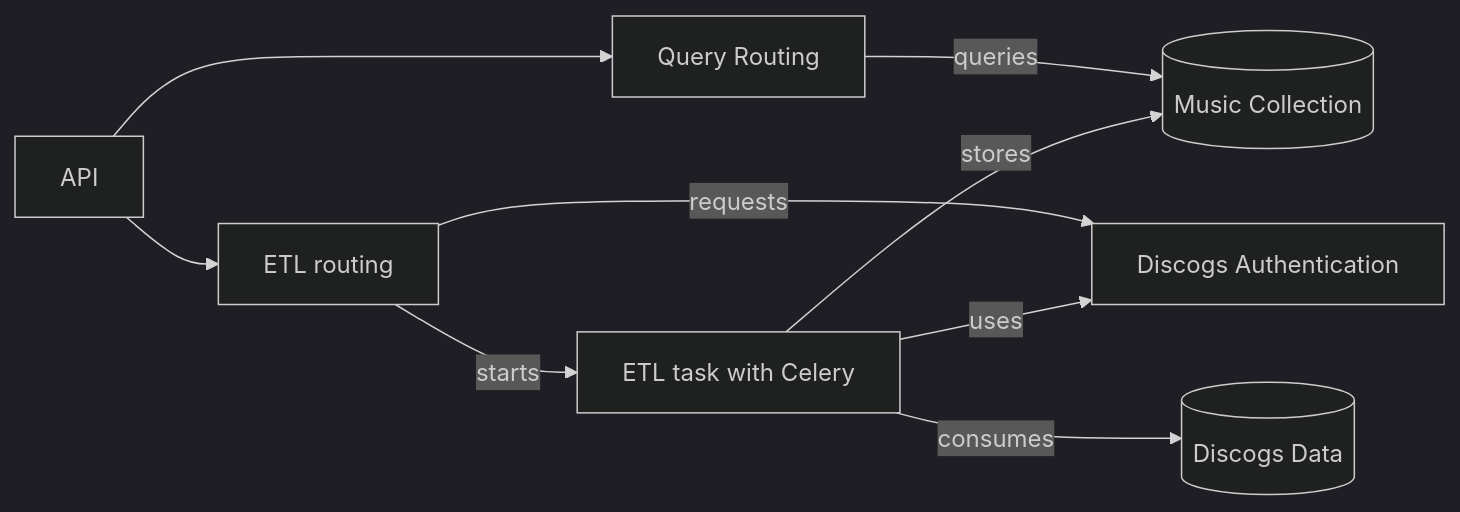
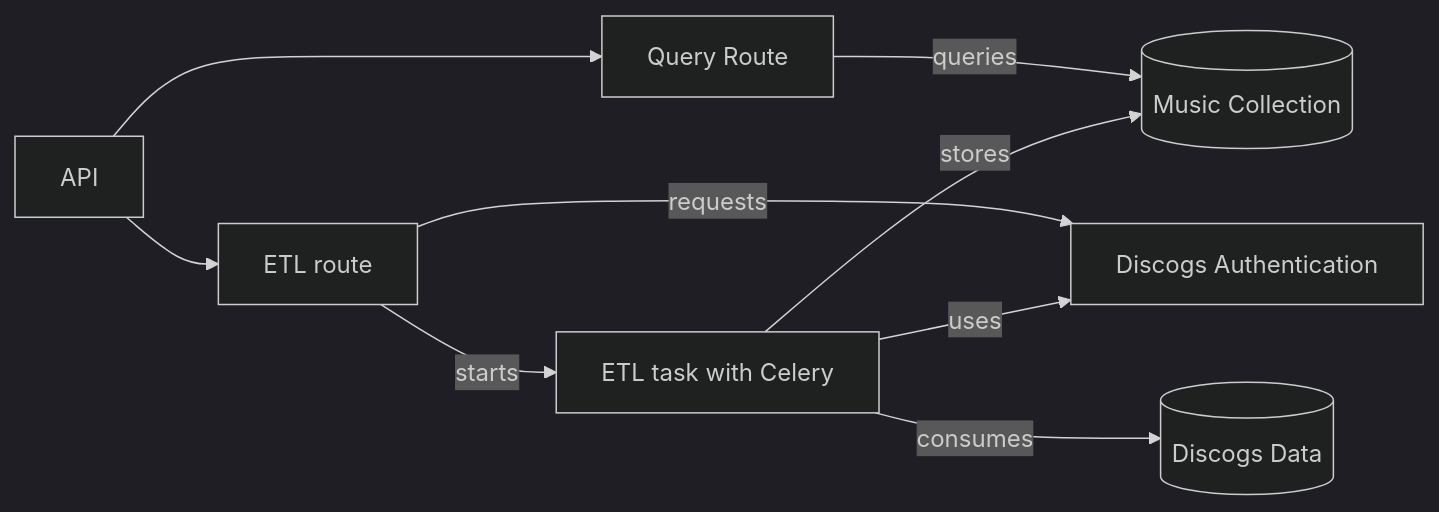
Before and after one commit to mark-me/music_explorer_api: the first of 2 diagrams in README.md, drawn with Mermaid (dark theme). The commit also changed other lines of this file, not shown here.

Commit message:
Prettyfying

````diff
--- a/README.md
+++ b/README.md
@@ -19,19 +19,19 @@
 ```mermaid
 flowchart LR
     api[API]
-    api_querying[Query Routing]
+    api_querying[Query Route]
     data_db[(Music Collection)]
     authentication_discogs[Discogs Authentication]
-    etl_api[ETL routing]
+    etl_api[ETL route]
     celery_loader[ETL task with Celery]
     data_discogs[(Discogs Data)]
 
     api --> api_querying
     api --> etl_api
     api_querying --queries--> data_db
     etl_api --requests--> authentication_discogs
     etl_api --starts--> celery_loader
     celery_loader --uses--> authentication_discogs
     celery_loader --consumes--> data_discogs
     celery_loader --stores--> data_db
 ```
````
